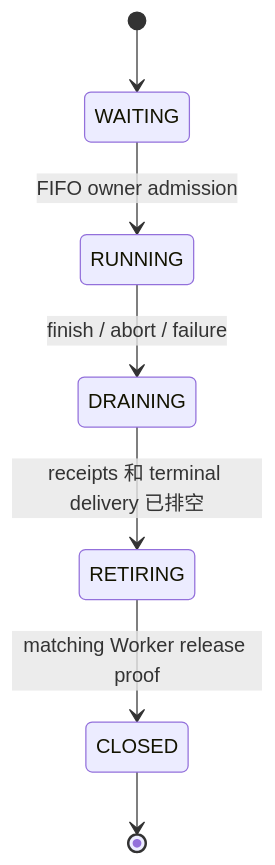
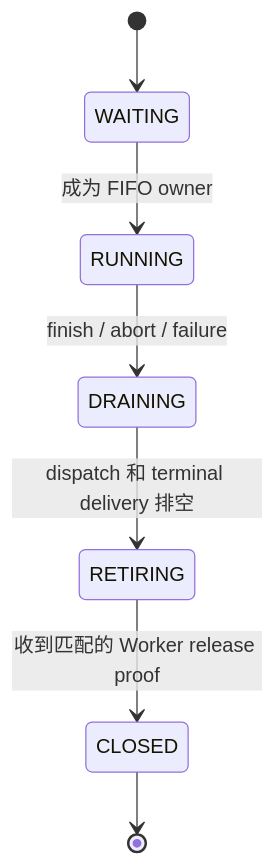
The third of 3 diagrams in Async_schedule_design.md (ZhiYunpenghuawei/p1), drawn with Mermaid before and after one commit. The commit also changed other lines of this file, not shown here.

````diff
--- a/Async_schedule_design.md
+++ b/Async_schedule_design.md
@@ -412,9 +496,9 @@
 ```mermaid
 stateDiagram-v2
     [*] --> WAITING
-    WAITING --> RUNNING: FIFO owner admission
+    WAITING --> RUNNING: 成为 FIFO owner
     RUNNING --> DRAINING: finish / abort / failure
-    DRAINING --> RETIRING: receipts 和 terminal delivery 已排空
-    RETIRING --> CLOSED: matching Worker release proof
+    DRAINING --> RETIRING: dispatch 和 terminal delivery 排空
+    RETIRING --> CLOSED: 收到匹配的 Worker release proof
     CLOSED --> [*]
 ```
````
